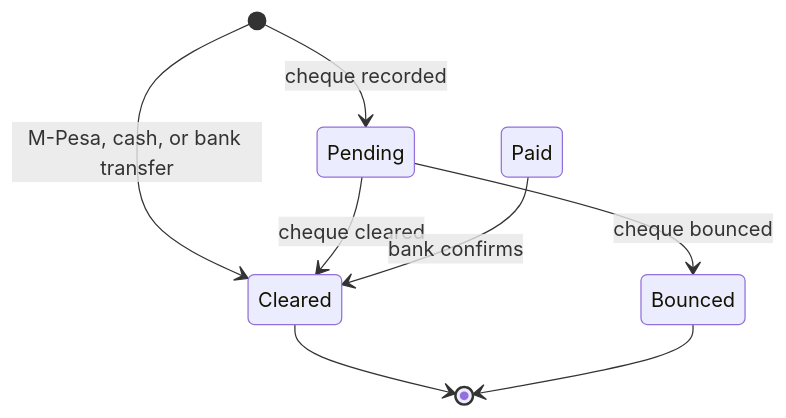
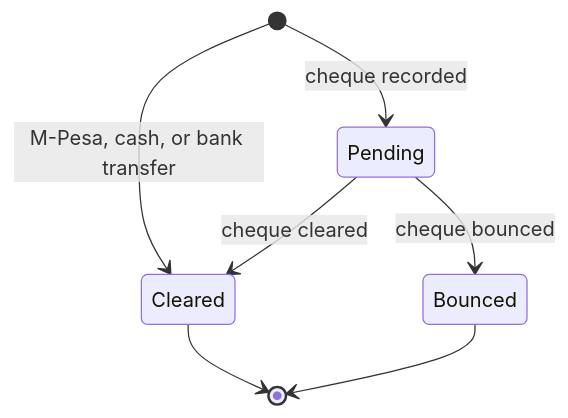
Before and after one commit to elimuborasolutions/docs: the second of 3 diagrams in modules/finance.mdx, drawn with Mermaid. The commit also changed other lines of this file, not shown here.

````diff
--- a/modules/finance.mdx
+++ b/modules/finance.mdx
@@ -495,10 +464,9 @@
 ```mermaid
 stateDiagram-v2
     [*] --> Pending: cheque recorded
     [*] --> Cleared: M-Pesa, cash, or bank transfer
     Pending --> Cleared: cheque cleared
     Pending --> Bounced: cheque bounced
-    Paid --> Cleared: bank confirms
     Cleared --> [*]
     Bounced --> [*]
 ```
````
